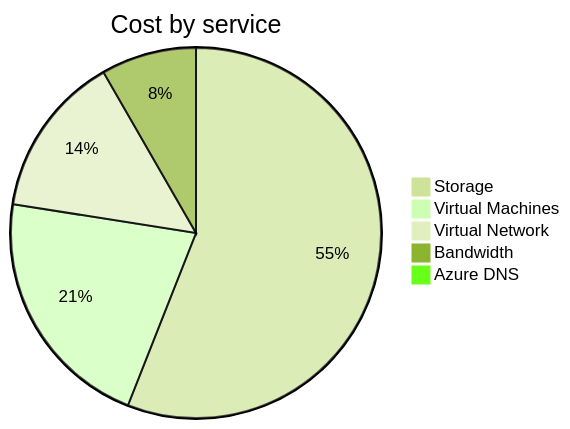
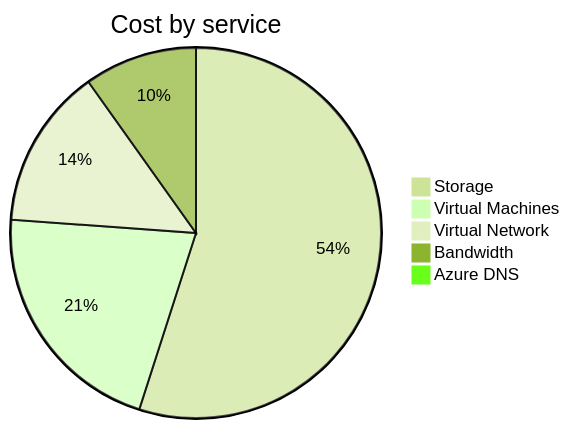
The second of 4 diagrams in cost-reports/personal-network/README.md (jpfulton/azure-personal-reports), drawn with Mermaid (forest theme) before and after one commit. The commit also changed other lines of this file and 8 other files, not shown here.

````diff
--- a/cost-reports/personal-network/README.md
+++ b/cost-reports/personal-network/README.md
@@ -99,9 +99,9 @@
 ```mermaid
 pie
    title Cost by service
-   "Storage" : 18.80
-   "Virtual Machines" : 7.22
-   "Virtual Network" : 4.77
-   "Bandwidth" : 2.79
-   "Azure DNS" : 0.32
+   "Storage" : 19.70
+   "Virtual Machines" : 7.60
+   "Virtual Network" : 5.02
+   "Bandwidth" : 3.53
+   "Azure DNS" : 0.34
 ```
````
